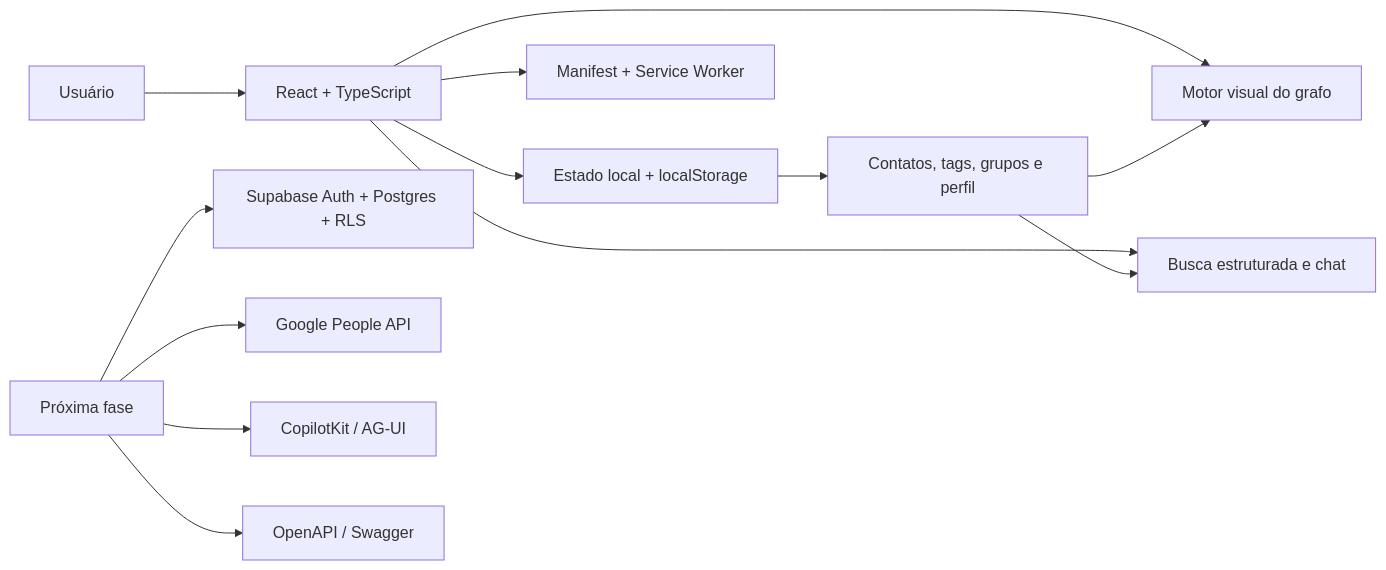
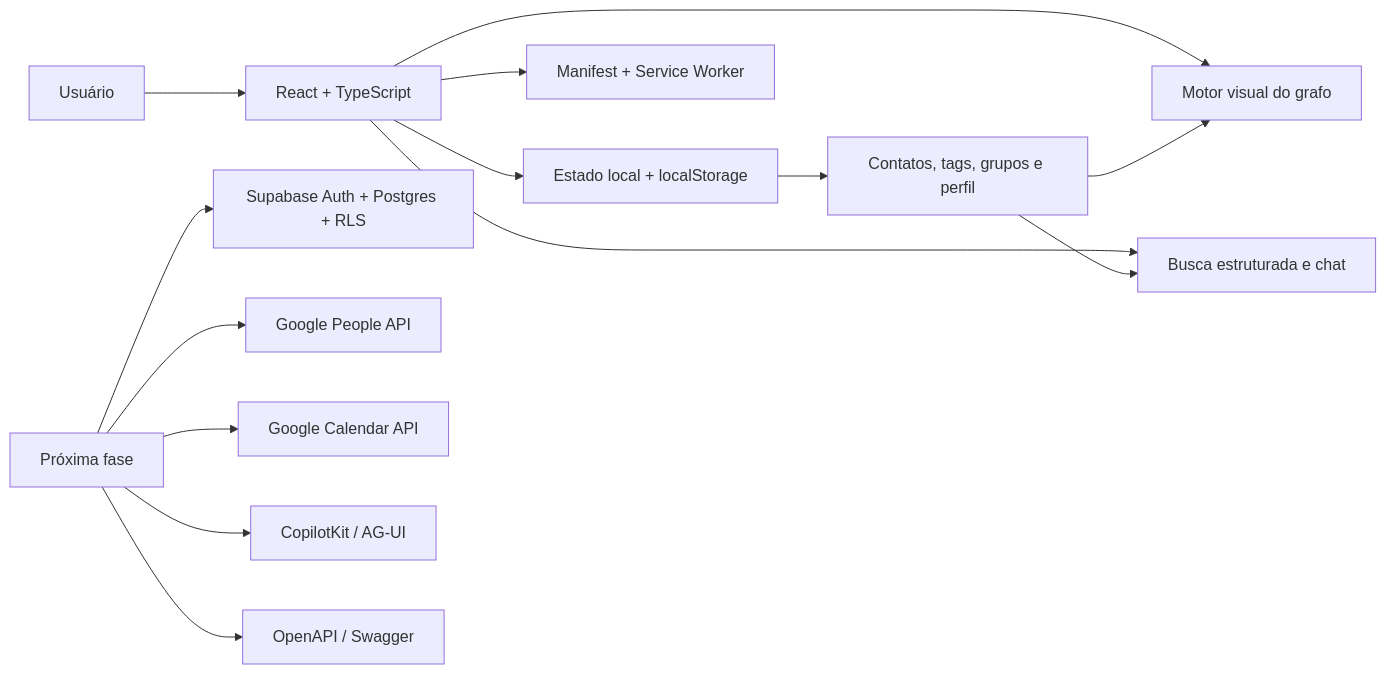
One commit to Leninn-Marinho-Rodrigues/grafy-cogmo-prototype changed the diagram in README.md. Above: the diagram before and after it, drawn with Mermaid. The commit also changed other lines of this file and 8 other files, not shown here.

Commit message:
Add Google data hub prototype flow

````diff
--- a/README.md
+++ b/README.md
@@ -76,17 +76,18 @@
 ```mermaid
 flowchart LR
   Usuario["Usuário"] --> UI["React + TypeScript"]
   UI --> Estado["Estado local + localStorage"]
   UI --> PWA["Manifest + Service Worker"]
   UI --> Grafo["Motor visual do grafo"]
   UI --> Busca["Busca estruturada e chat"]
 
   Estado --> Contatos["Contatos, tags, grupos e perfil"]
   Contatos --> Grafo
   Contatos --> Busca
 
   Futuro["Próxima fase"] --> Supabase["Supabase Auth + Postgres + RLS"]
   Futuro --> Google["Google People API"]
+  Futuro --> Calendar["Google Calendar API"]
   Futuro --> IA["CopilotKit / AG-UI"]
   Futuro --> OpenAPI["OpenAPI / Swagger"]
 ```
````
